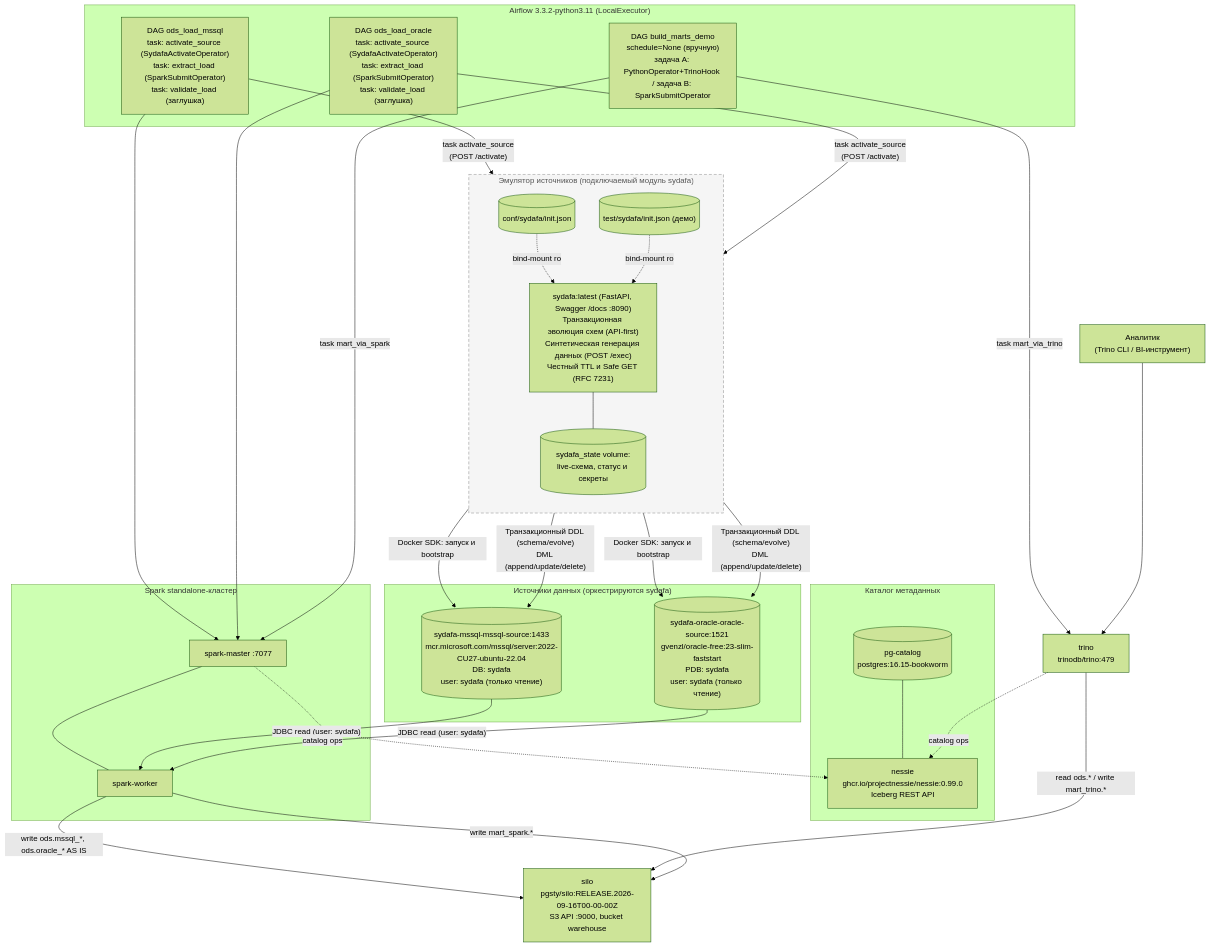
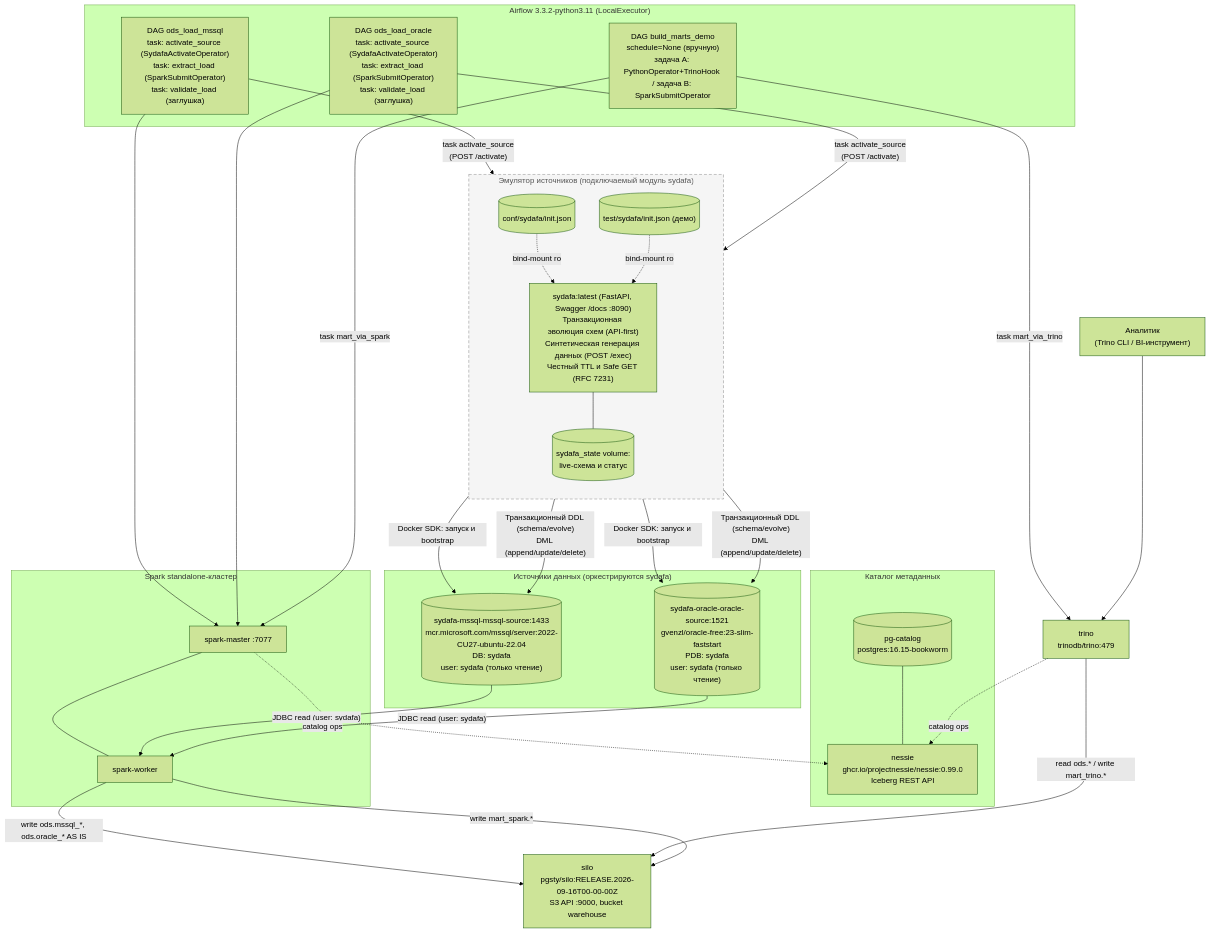
Before and after one commit to georgekochergin/datalake_stand: the diagram in README.md, drawn with Mermaid (forest theme). The commit also changed other lines of this file, not shown here.

````diff
--- a/README.md
+++ b/README.md
@@ -26,67 +26,67 @@
 ```mermaid
 flowchart TB
     ANALYST["Аналитик\n(Trino CLI / BI-инструмент)"]
 
     subgraph Sources["Источники данных (оркестрируются sydafa)"]
         MSSQL[("sydafa-mssql-mssql-source:1433\nmcr.microsoft.com/mssql/server:2022-CU27-ubuntu-22.04\nDB: sydafa\nuser: sydafa (только чтение)")]
         ORA[("sydafa-oracle-oracle-source:1521\ngvenzl/oracle-free:23-slim-faststart\nPDB: sydafa\nuser: sydafa (только чтение)")]
     end
 
     subgraph SydafaService["Эмулятор источников (подключаемый модуль sydafa)"]
         direction TB
         CFG1[("conf/sydafa/init.json")]
         CFG2[("test/sydafa/init.json (демо)")]
         API["sydafa:latest (FastAPI, Swagger /docs :8090)\nТранзакционная эволюция схем (API-first)\nСинтетическая генерация данных (POST /exec)\nЧестный TTL и Safe GET (RFC 7231)"]
-        STATE[("sydafa_state volume:\nlive-схема, статус и секреты")]
+        STATE[("sydafa_state volume:\nlive-схема и статус")]
         CFG1 -. "bind-mount ro" .-> API
         CFG2 -. "bind-mount ro" .-> API
         API --- STATE
     end
 
     subgraph Catalog["Каталог метаданных"]
         PGC[("pg-catalog\npostgres:16.15-bookworm")]
         NESSIE["nessie\nghcr.io/projectnessie/nessie:0.99.0\nIceberg REST API"]
         PGC --- NESSIE
     end
 
     SILO["silo\npgsty/silo:RELEASE.2026-09-16T00-00-00Z\nS3 API :9000, bucket warehouse"]
 
     subgraph SparkCluster["Spark standalone-кластер"]
         SM["spark-master :7077"]
         SW["spark-worker"]
         SM --- SW
     end
 
     TRINO["trino\ntrinodb/trino:479"]
 
     subgraph Orchestration["Airflow 3.3.2-python3.11 (LocalExecutor)"]
         D1["DAG ods_load_mssql\ntask: activate_source (SydafaActivateOperator)\ntask: extract_load (SparkSubmitOperator)\ntask: validate_load (заглушка)"]
         D2["DAG ods_load_oracle\ntask: activate_source (SydafaActivateOperator)\ntask: extract_load (SparkSubmitOperator)\ntask: validate_load (заглушка)"]
         D3["DAG build_marts_demo\nschedule=None (вручную)\nзадача A: PythonOperator+TrinoHook / задача B: SparkSubmitOperator"]
     end
 
     API -- "Docker SDK: запуск и bootstrap" --> MSSQL
     API -- "Docker SDK: запуск и bootstrap" --> ORA
     API -- "Транзакционный DDL (schema/evolve)\nDML (append/update/delete)" --> MSSQL
     API -- "Транзакционный DDL (schema/evolve)\nDML (append/update/delete)" --> ORA
 
     D1 -- "task activate_source\n(POST /activate)" --> API
     D2 -- "task activate_source\n(POST /activate)" --> API
 
     D1 --> SM
     D2 --> SM
     MSSQL -- "JDBC read (user: sydafa)" --> SW
     ORA -- "JDBC read (user: sydafa)" --> SW
     SW -- "write ods.mssql_*, ods.oracle_* AS IS" --> SILO
     SM -. "catalog ops" .-> NESSIE
 
     D3 -- "task mart_via_trino" --> TRINO
     D3 -- "task mart_via_spark" --> SM
     TRINO -. "catalog ops" .-> NESSIE
     TRINO -- "read ods.* / write mart_trino.*" --> SILO
     SW -- "write mart_spark.*" --> SILO
 
     ANALYST --> TRINO
 
     style SydafaService stroke-dasharray: 6 4,stroke:#888,fill:#f5f5f5,color:#555
 ```
````
